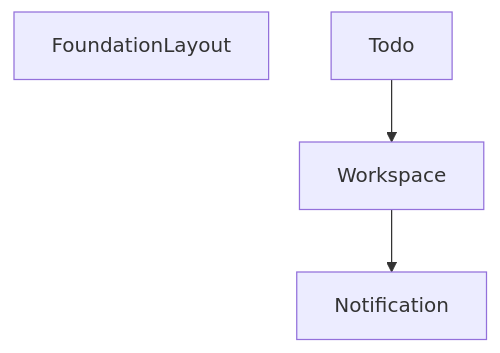
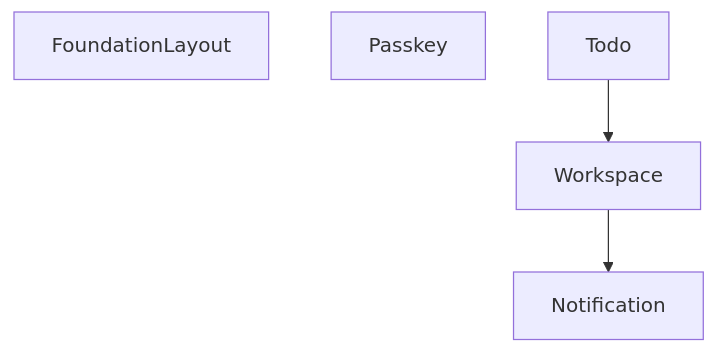
The diagram in docs/module-dependency-graph.md (rokde/laravel-starter-kit), drawn with Mermaid before and after one commit. The commit also changed other lines of this file, not shown here.

First line of the commit message:
Add Passkey module to dependency graph and update Todo details

````diff
--- a/docs/module-dependency-graph.md
+++ b/docs/module-dependency-graph.md
@@ -5,9 +5,10 @@
 ```mermaid
 graph TD;
     foundationLayout["FoundationLayout"];
     notification["Notification"];
+    passkey["Passkey"];
+    todo["Todo"];
     workspace["Workspace"];
-    todo["Todo"];
+    todo --> workspace;
     workspace --> notification;
-    todo --> workspace;
 ```
````
